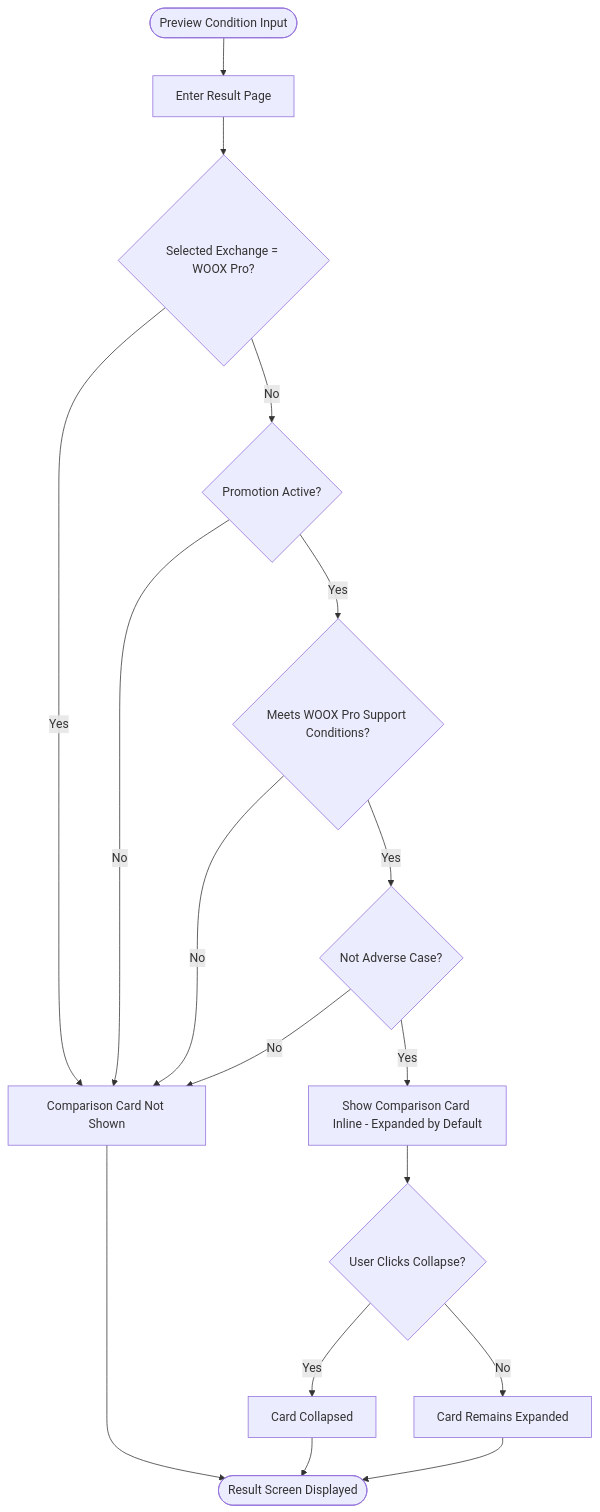
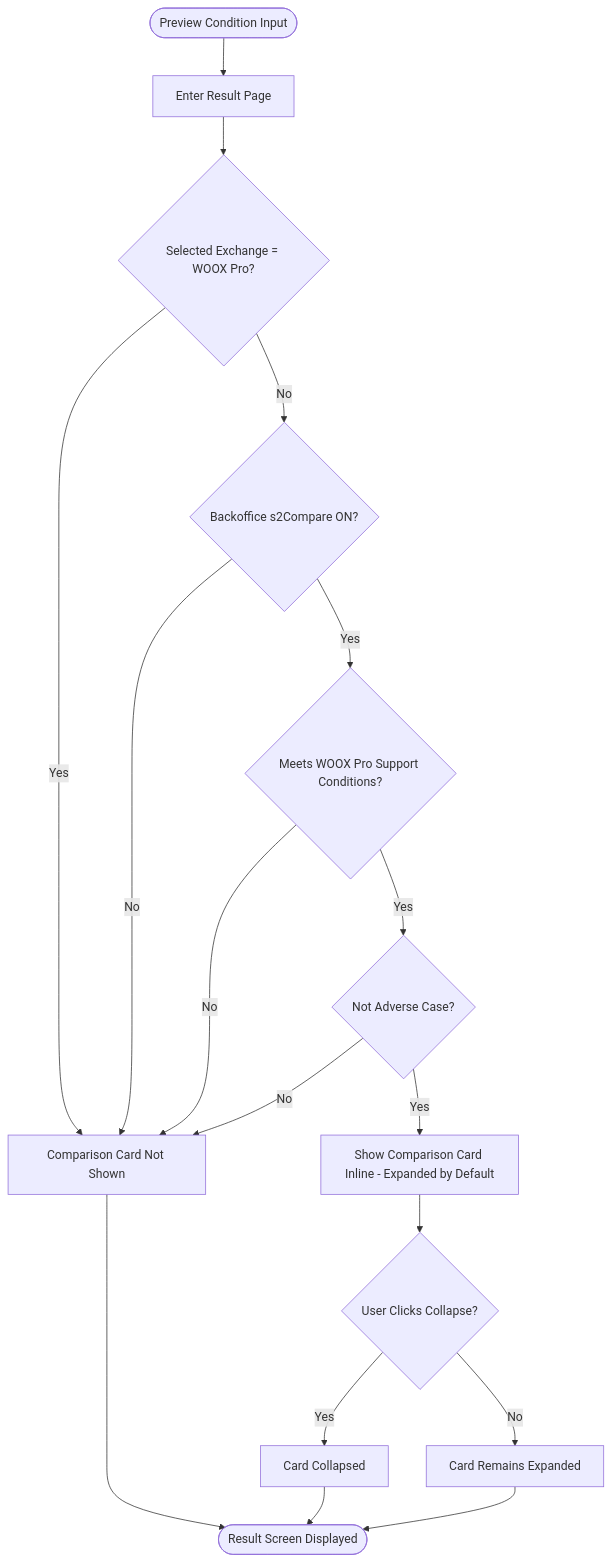
One commit to matthewforwork1213-collab/WOOX_Pro_sub_event changed the third of 4 diagrams in 02.기획문서/정보구조도_EN.md. Above: the diagram before and after it, drawn with Mermaid. The commit also changed other lines of this file and 2 other files, not shown here.

First line of the commit message:
docs+tool: 다이어그램 렌더러(Mermaid→SVG) 추가 + 정보구조도 게이트 노드 신정책 정렬

````diff
--- a/02.기획문서/정보구조도_EN.md
+++ b/02.기획문서/정보구조도_EN.md
@@ -76,21 +76,21 @@
 ```mermaid
 flowchart TD
     Start([Preview Condition Input]) --> Result[Enter Result Page]
     Result --> CheckExchange{Selected Exchange = WOOX Pro?}
     CheckExchange -->|Yes| NoCard[Comparison Card Not Shown]
-    CheckExchange -->|No| CheckPromo{Promotion Active?}
+    CheckExchange -->|No| CheckPromo{Backoffice s2Compare ON?}
     CheckPromo -->|No| NoCard
     CheckPromo -->|Yes| CheckSupport{Meets WOOX Pro Support Conditions?}
     CheckSupport -->|No| NoCard
     CheckSupport -->|Yes| CheckReverse{Not Adverse Case?}
     CheckReverse -->|No| NoCard
     CheckReverse -->|Yes| ShowCard[Show Comparison Card Inline - Expanded by Default]
 
     ShowCard --> ToggleCheck{User Clicks Collapse?}
     ToggleCheck -->|Yes| Collapsed[Card Collapsed]
     ToggleCheck -->|No| Expanded[Card Remains Expanded]
 
     NoCard --> End([Result Screen Displayed])
     Collapsed --> End
     Expanded --> End
 ```
````
